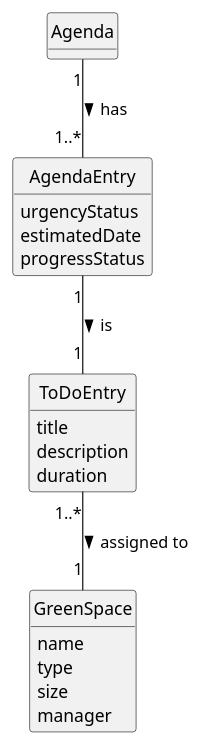
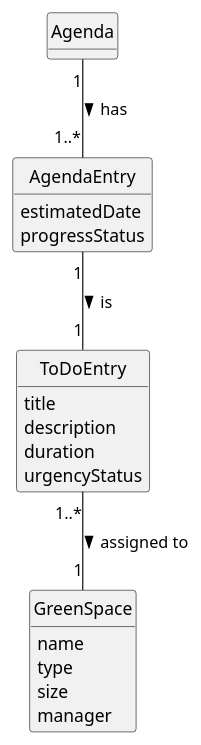
The diagram in docs/sprintC/us022/02.analysis/puml/us022-domain-model.puml (ricardomm7/leaflink), drawn with PlantUML before and after one commit. The commit also changed other lines of this file and 1 other file, not shown here.

```diff
--- a/docs/sprintC/us022/02.analysis/puml/us022-domain-model.puml
+++ b/docs/sprintC/us022/02.analysis/puml/us022-domain-model.puml
@@ -1,46 +1,46 @@
 @startuml
 skinparam monochrome true
 skinparam packageStyle rectangle
 skinparam shadowing false
 
 'left to right direction
 
 skinparam classAttributeIconSize 0
 
 hide circle
 hide methods
 
 
 
 class AgendaEntry {
-    urgencyStatus
     estimatedDate
     progressStatus
 
 }
 
 
 class ToDoEntry {
     title
     description
     duration
+    urgencyStatus
 
 }
 
 class Agenda{
 }
 
 class GreenSpace{
 name
 type
 size
 manager
 
 }
 Agenda "1" -- "1..*" AgendaEntry: has >
 
 AgendaEntry "1" -- "1" ToDoEntry: is >
 
 ToDoEntry "1..*" -- "1" GreenSpace: assigned to >
 
 @enduml
```
